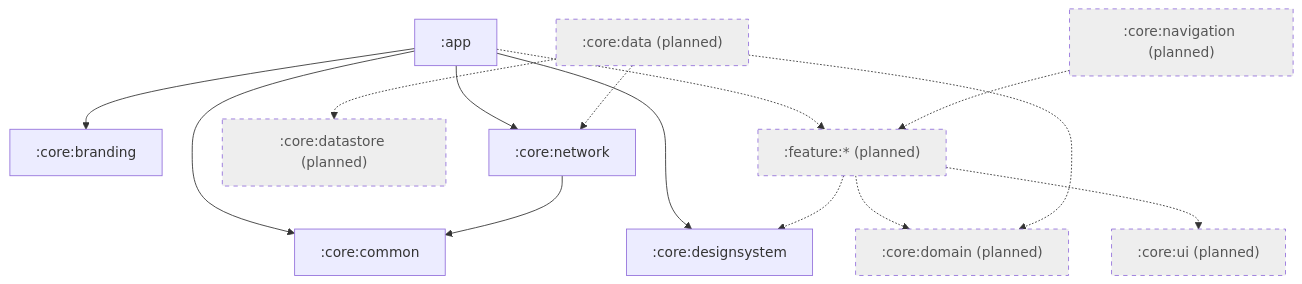
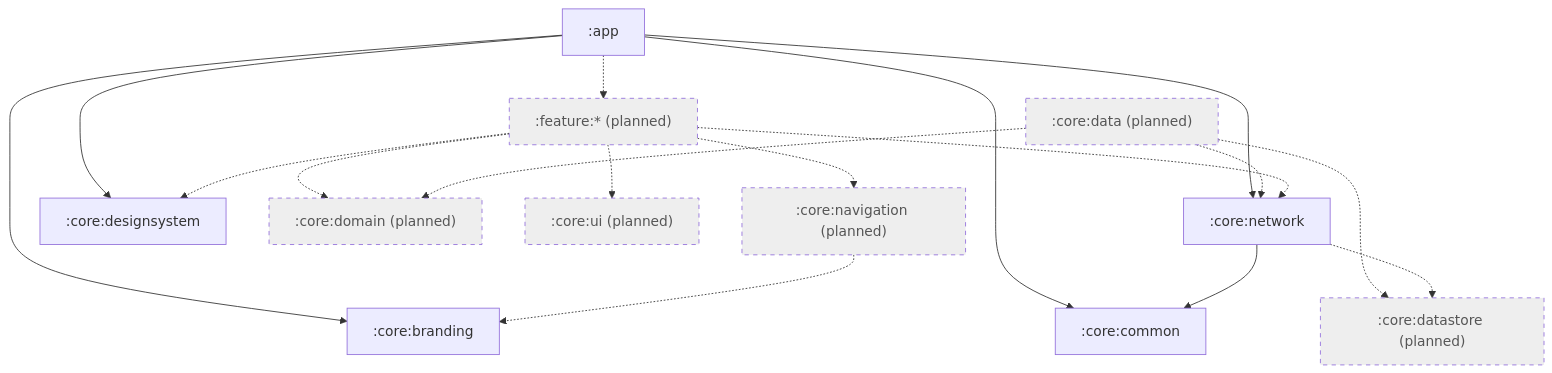
Before and after one commit to zakaria-hajja/whitelabel-app-kit: the diagram in docs/architecture.md, drawn with Mermaid.

Commit message:
docs: correct planned module arrows

````diff
--- a/docs/architecture.md
+++ b/docs/architecture.md
@@ -23,30 +23,33 @@
 ```mermaid
 graph TD
   app[":app"]
   branding[":core:branding"]
   network[":core:network"]
   designsystem[":core:designsystem"]
   common[":core:common"]
   app --> branding
   app --> network
   app --> designsystem
   app --> common
   network --> common
 
   domain[":core:domain (planned)"]:::planned
   data[":core:data (planned)"]:::planned
   datastore[":core:datastore (planned)"]:::planned
   ui[":core:ui (planned)"]:::planned
   nav[":core:navigation (planned)"]:::planned
   features[":feature:* (planned)"]:::planned
   app -.-> features
   features -.-> domain
   features -.-> ui
   features -.-> designsystem
   data -.-> domain
   data -.-> network
   data -.-> datastore
-  nav -.-> features
+  features -.-> nav
+  features -.-> network
+  nav -.-> branding
+  network -.-> datastore
 
   classDef planned stroke-dasharray: 5 5,fill:#eee,color:#555
 ```
````
